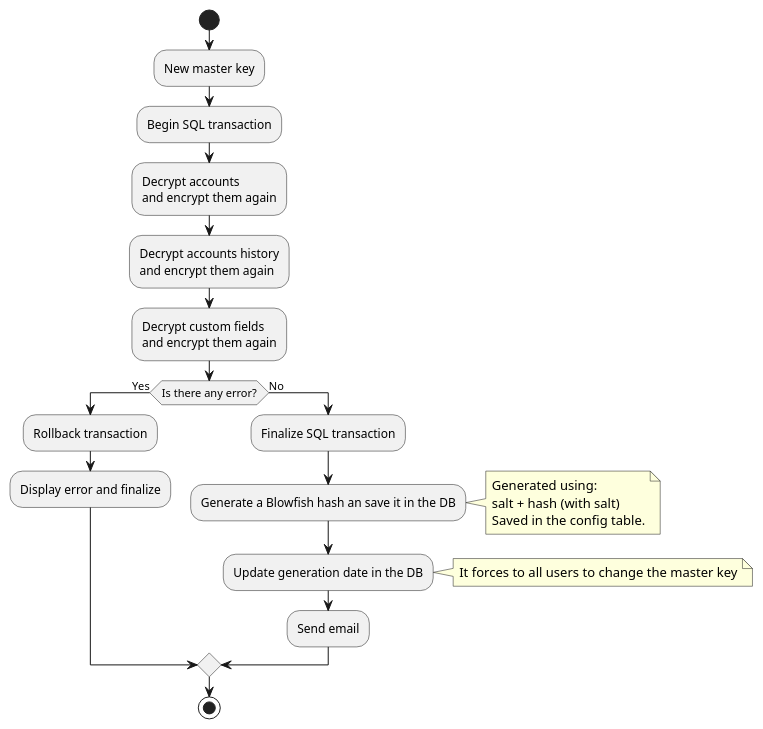
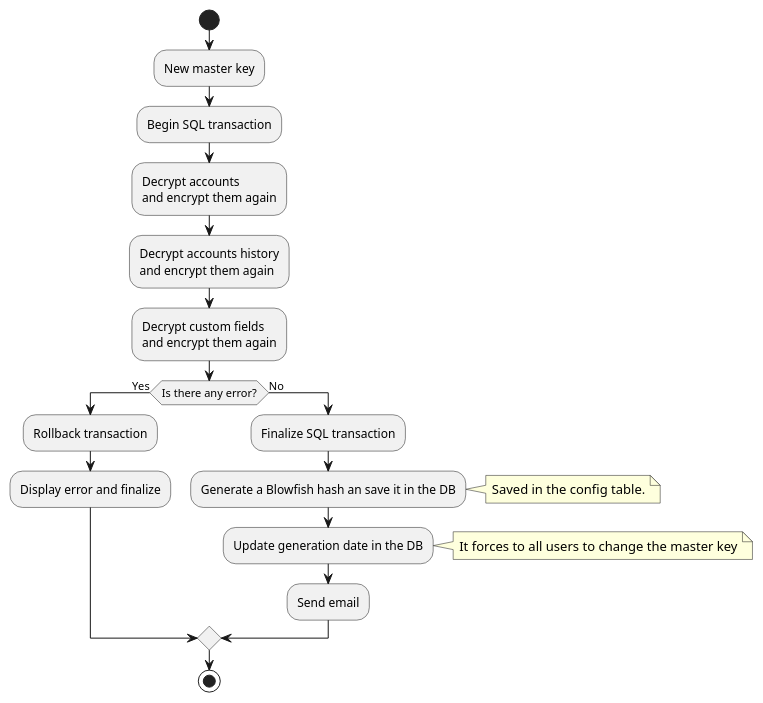
The fourth of 8 diagrams in docs/source/application/encryption.rst (sysPass/sysPass-doc), drawn with PlantUML before and after one commit. The commit also changed other lines of this file and 7 other files, not shown here.

```diff
--- a/docs/source/application/encryption.rst
+++ b/docs/source/application/encryption.rst
@@ -197,45 +200,43 @@
   .. uml::
 
     @startuml
 
     start
 
     :New master key;
 
     :Begin SQL transaction;
 
     :Decrypt accounts
     and encrypt them again;
 
     :Decrypt accounts history
     and encrypt them again;
 
     :Decrypt custom fields
     and encrypt them again;
 
     if (Is there any error?) then (Yes)
       :Rollback transaction;
 
       :Display error and finalize;
     else (No)
       :Finalize SQL transaction;
 
       :Generate a Blowfish hash an save it in the DB;
 
       note right
-        Generated using:
-        salt + hash (with salt)
         Saved in the config table.
       end note
 
       :Update generation date in the DB;
 
       note right
        It forces to all users to change the master key
       end note
 
       :Send email;
     endif
     stop
 
     @enduml
```
